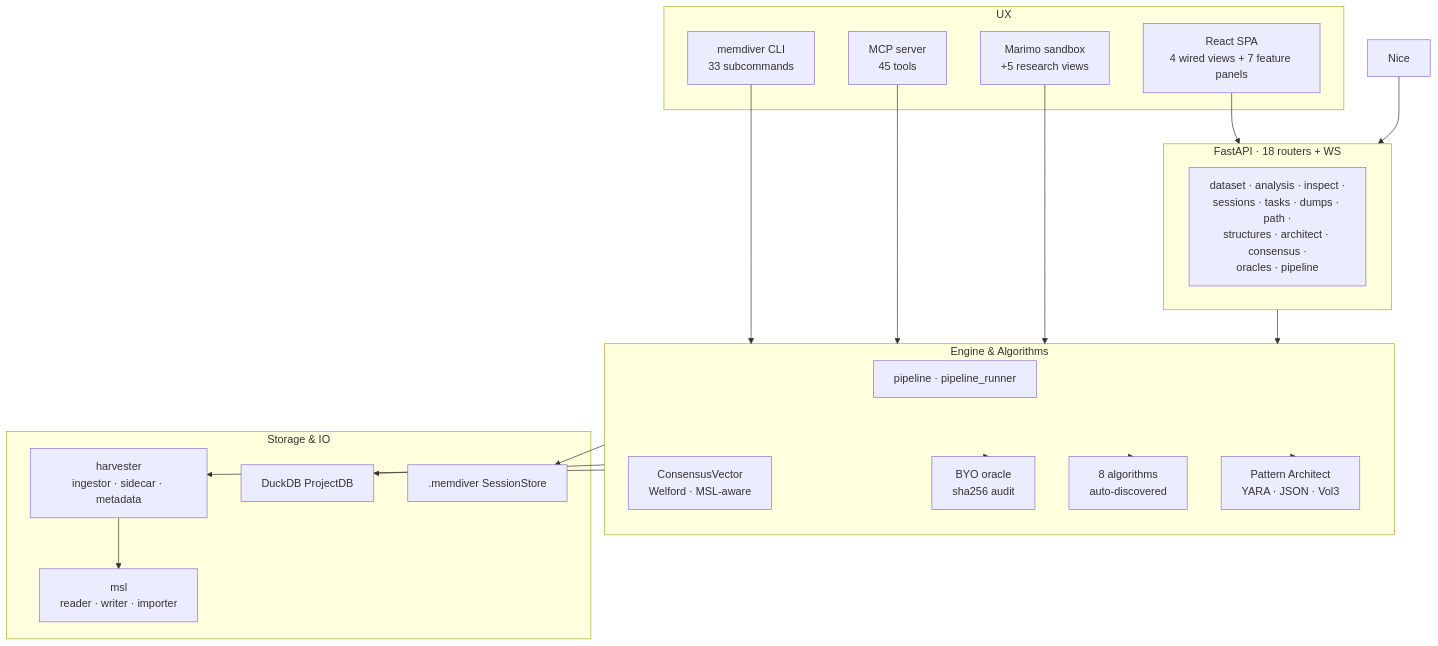
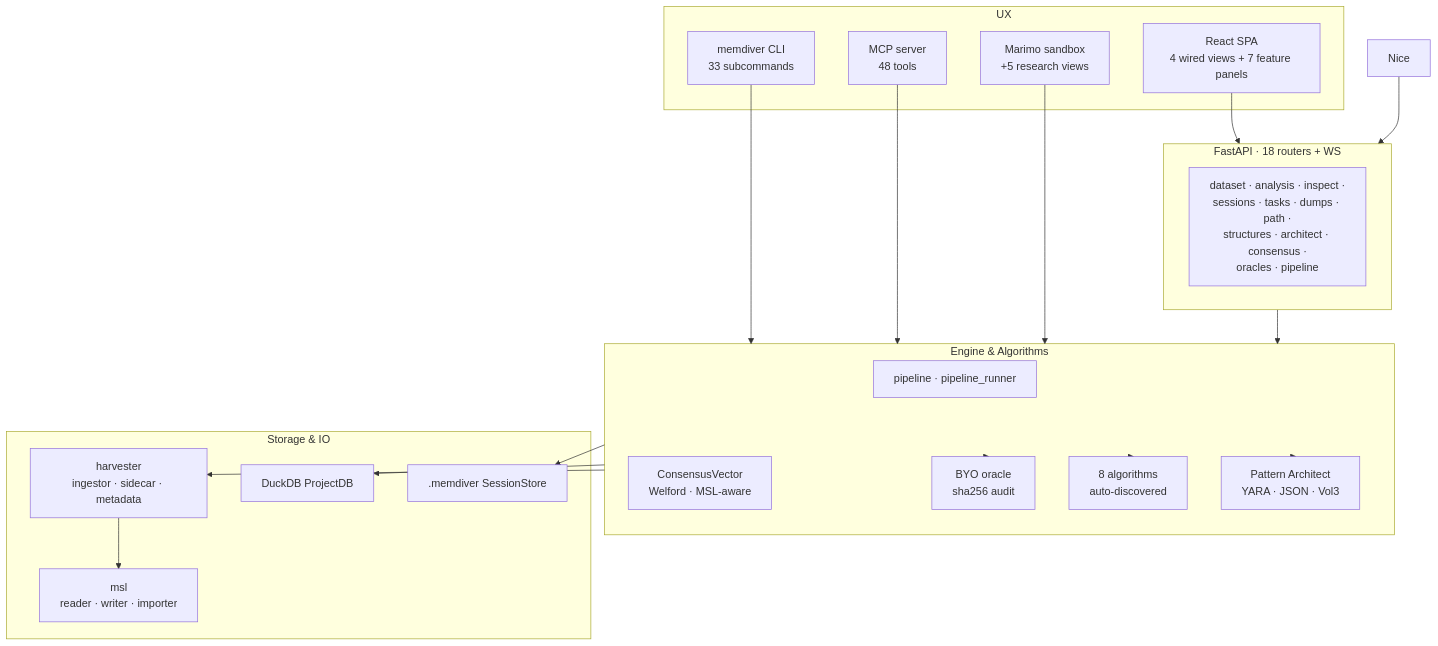
The diagram in docs/architecture/index.md (MemorySlice/MemDiver), drawn with Mermaid before and after one commit. The commit also changed 404 other files, not shown here.

````diff
--- a/docs/architecture/index.md
+++ b/docs/architecture/index.md
@@ -5,38 +5,38 @@
 ```{mermaid}
 flowchart TB
     subgraph UX
         Web[React SPA<br/>4 wired views + 7 feature panels]
         CLI[memdiver CLI<br/>33 subcommands]
-        MCP[MCP server<br/>45 tools]
+        MCP[MCP server<br/>48 tools]
         Marimo[Marimo sandbox<br/>+5 research views]
     end
     subgraph API[FastAPI · 18 routers + WS]
         Routers[dataset · analysis · inspect ·<br/>sessions · tasks · dumps · path ·<br/>structures · architect · consensus ·<br/>oracles · pipeline]
     end
     subgraph Engine[Engine &amp; Algorithms]
         Pipeline[pipeline · pipeline_runner]
         Consensus[ConsensusVector<br/>Welford · MSL-aware]
         Oracle[BYO oracle<br/>sha256 audit]
         Algos[8 algorithms<br/>auto-discovered]
         Architect[Pattern Architect<br/>YARA · JSON · Vol3]
     end
     subgraph Storage[Storage &amp; IO]
         Harvester[harvester<br/>ingestor · sidecar · metadata]
         MSL[msl<br/>reader · writer · importer]
         ProjectDB[DuckDB ProjectDB]
         Sessions[.memdiver SessionStore]
     end
     Web --> API
     CLI --> Engine
     MCP --> Engine
     Marimo --> Engine
     Nice --> API
     API --> Engine
     Engine --> Algos
     Engine --> Oracle
     Engine --> Architect
     Engine --> Harvester
     Harvester --> MSL
     Engine --> ProjectDB
     Engine --> Sessions
 ```
````
